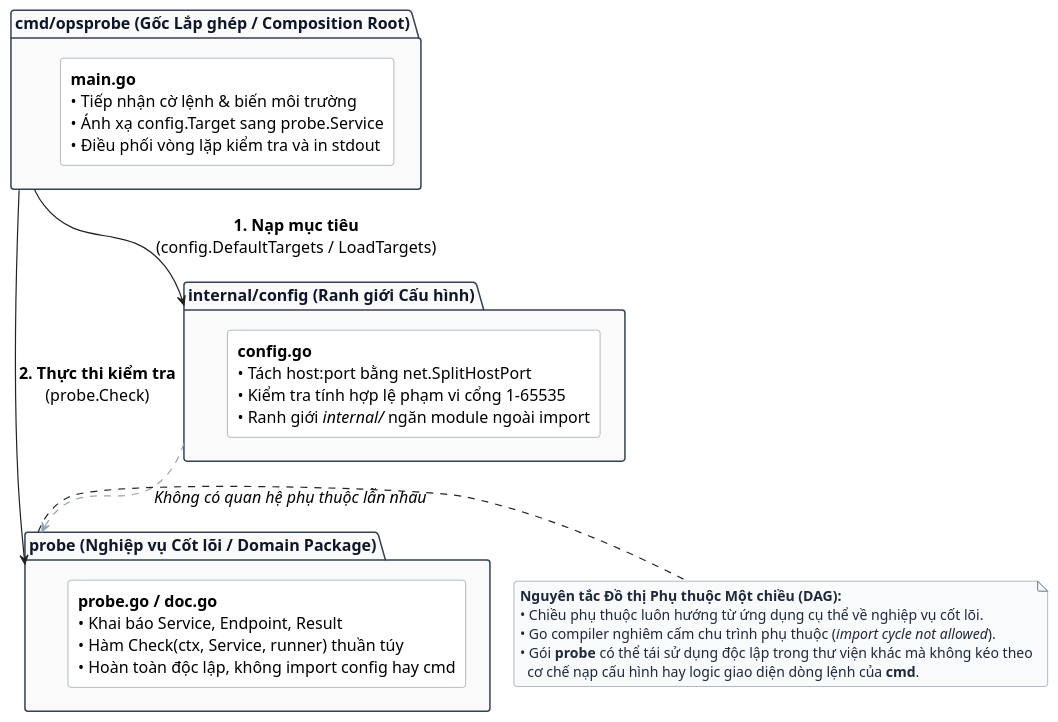
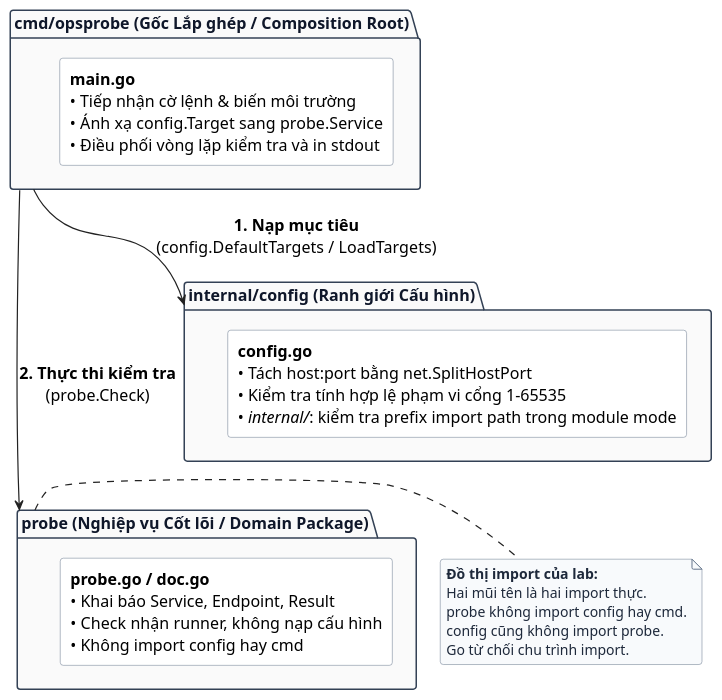
The diagram in assets/diagrams/package-boundary-graph.puml (Minhlike/Golang), drawn with PlantUML before and after one commit. The commit also changed 31 other files, not shown here.

```diff
--- a/assets/diagrams/package-boundary-graph.puml
+++ b/assets/diagrams/package-boundary-graph.puml
@@ -1,56 +1,56 @@
 @startuml
 skinparam backgroundColor #FFFFFF
 skinparam defaultFontName "Source Sans 3"
 skinparam defaultFontSize 16
 skinparam shadowing false
 skinparam roundCorner 6
 skinparam arrowColor #222222
 skinparam arrowThickness 1.2
 
 skinparam package {
   BackgroundColor #FAFAFA
   BorderColor #334155
   FontColor #0F172A
   FontStyle bold
 }
 
 skinparam rectangle {
   BackgroundColor #FFFFFF
   BorderColor #64748B
   FontColor #000000
 }
 
 skinparam note {
   BackgroundColor #F8FAFC
   BorderColor #64748B
   FontColor #1E293B
   FontSize 14
 }
 
 top to bottom direction
 
 package "cmd/opsprobe (Gốc Lắp ghép / Composition Root)" as pkg_cmd {
   rectangle "<b>main.go</b>\n• Tiếp nhận cờ lệnh & biến môi trường\n• Ánh xạ config.Target sang probe.Service\n• Điều phối vòng lặp kiểm tra và in stdout" as cmd_content
 }
 
 package "internal/config (Ranh giới Cấu hình)" as pkg_config {
-  rectangle "<b>config.go</b>\n• Tách host:port bằng net.SplitHostPort\n• Kiểm tra tính hợp lệ phạm vi cổng 1–65535\n• Ranh giới <i>internal/</i> ngăn module ngoài import" as config_content
+  rectangle "<b>config.go</b>\n• Tách host:port bằng net.SplitHostPort\n• Kiểm tra tính hợp lệ phạm vi cổng 1–65535\n• <i>internal/</i>: kiểm tra prefix import path trong module mode" as config_content
 }
 
 package "probe (Nghiệp vụ Cốt lõi / Domain Package)" as pkg_probe {
-  rectangle "<b>probe.go / doc.go</b>\n• Khai báo Service, Endpoint, Result\n• Hàm Check(ctx, Service, runner) thuần túy\n• Hoàn toàn độc lập, không import config hay cmd" as probe_content
+  rectangle "<b>probe.go / doc.go</b>\n• Khai báo Service, Endpoint, Result\n• Check nhận runner, không nạp cấu hình\n• Không import config hay cmd" as probe_content
 }
 
 pkg_cmd -down-> pkg_config : <b>1. Nạp mục tiêu</b>\n(config.DefaultTargets / LoadTargets)
 pkg_cmd -down-> pkg_probe : <b>2. Thực thi kiểm tra</b>\n(probe.Check)
 
-pkg_config .[#94A3B8].> pkg_probe : <i>Không có quan hệ phụ thuộc lẫn nhau</i>
+pkg_config -[hidden]down-> pkg_probe
 
 note right of pkg_probe
-  <b>Nguyên tắc Đồ thị Phụ thuộc Một chiều (DAG):</b>
-  • Chiều phụ thuộc luôn hướng từ ứng dụng cụ thể về nghiệp vụ cốt lõi.
-  • Go compiler nghiêm cấm chu trình phụ thuộc (<i>import cycle not allowed</i>).
-  • Gói <b>probe</b> có thể tái sử dụng độc lập trong thư viện khác mà không kéo theo
-    cơ chế nạp cấu hình hay logic giao diện dòng lệnh của <b>cmd</b>.
+  <b>Đồ thị import của lab:</b>
+  Hai mũi tên là hai import thực.
+  probe không import config hay cmd.
+  config cũng không import probe.
+  Go từ chối chu trình import.
 end note
 @enduml
```
